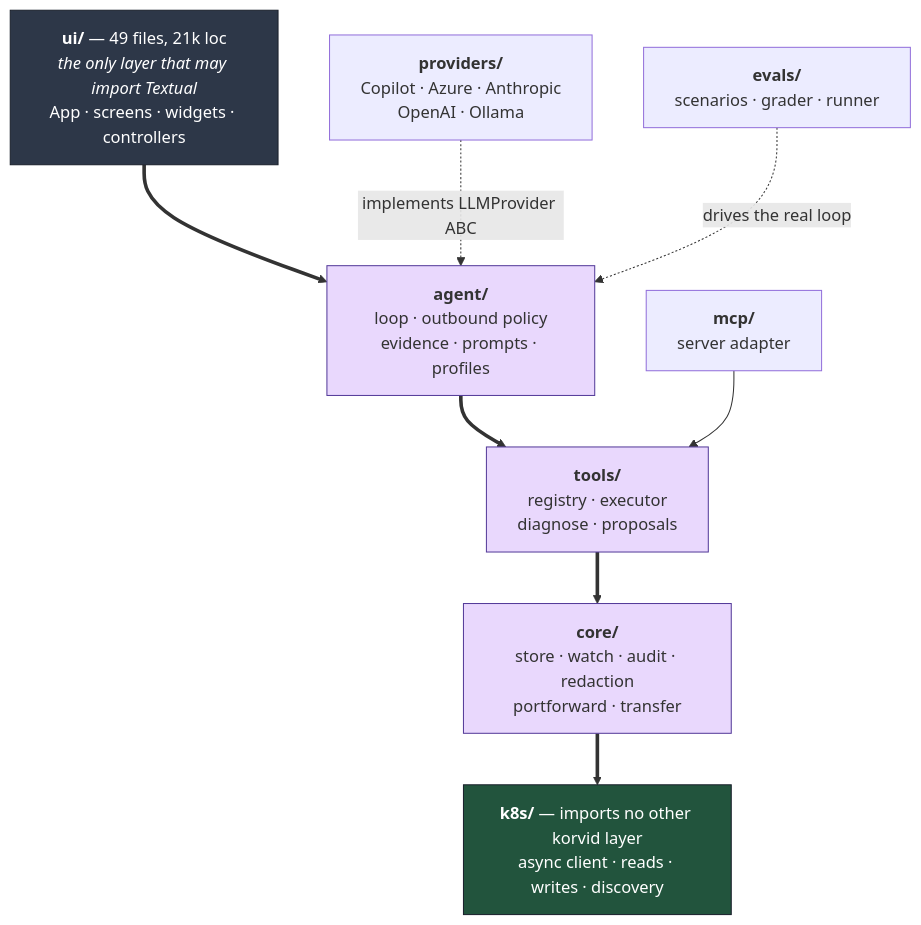
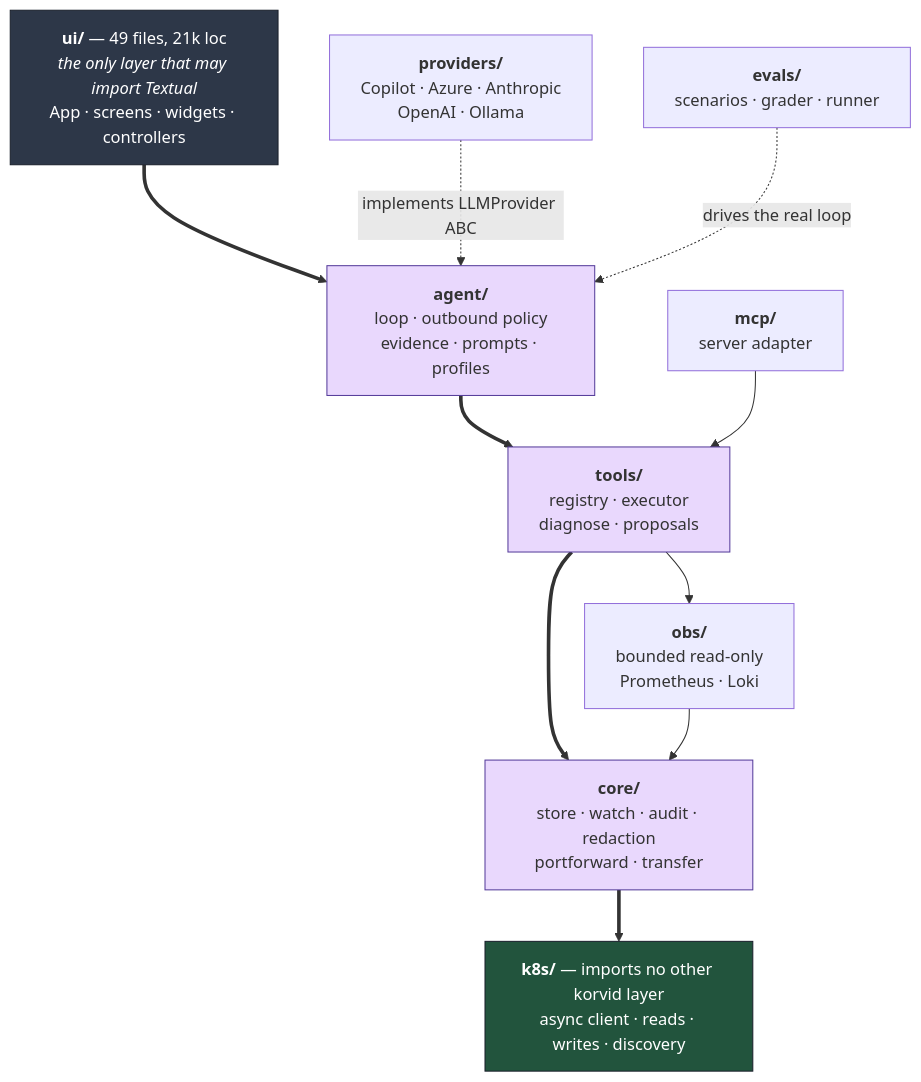
The first of 7 diagrams in docs/dev/specs/2026-08-12-korvid-architecture.md (hellices/korvid), drawn with Mermaid before and after one commit. The commit also changed other lines of this file and 41 other files, not shown here.

First line of the commit message:
feat: bounded read-only Prometheus and Loki investigation connectors (#280)

````diff
--- a/docs/dev/specs/2026-08-12-korvid-architecture.md
+++ b/docs/dev/specs/2026-08-12-korvid-architecture.md
@@ -46,26 +46,29 @@
 ```mermaid
 flowchart TD
     UI["<b>ui/</b> — 49 files, 21k loc<br/><i>the only layer that may import Textual</i><br/>App · screens · widgets · controllers"]
     AGENT["<b>agent/</b><br/>loop · outbound policy<br/>evidence · prompts · profiles"]
     TOOLS["<b>tools/</b><br/>registry · executor<br/>diagnose · proposals"]
     CORE["<b>core/</b><br/>store · watch · audit · redaction<br/>portforward · transfer"]
     K8S["<b>k8s/</b> — imports no other korvid layer<br/>async client · reads · writes · discovery"]
     PROV["<b>providers/</b><br/>Copilot · Azure · Anthropic<br/>OpenAI · Ollama"]
     MCP["<b>mcp/</b><br/>server adapter"]
+    OBS["<b>obs/</b><br/>bounded read-only<br/>Prometheus · Loki"]
     EVALS["<b>evals/</b><br/>scenarios · grader · runner"]
 
     UI ==> AGENT
     AGENT ==> TOOLS
     TOOLS ==> CORE
     CORE ==> K8S
 
     MCP --> TOOLS
+    TOOLS --> OBS
+    OBS --> CORE
     PROV -.->|"implements LLMProvider ABC"| AGENT
     EVALS -.->|"drives the real loop"| AGENT
 
     style UI fill:#2d3748,color:#fff,stroke:#1a202c
     style K8S fill:#22543d,color:#fff,stroke:#1a202c
     style AGENT fill:#e9d8fd,stroke:#553c9a
     style TOOLS fill:#e9d8fd,stroke:#553c9a
     style CORE fill:#e9d8fd,stroke:#553c9a
 ```
````
